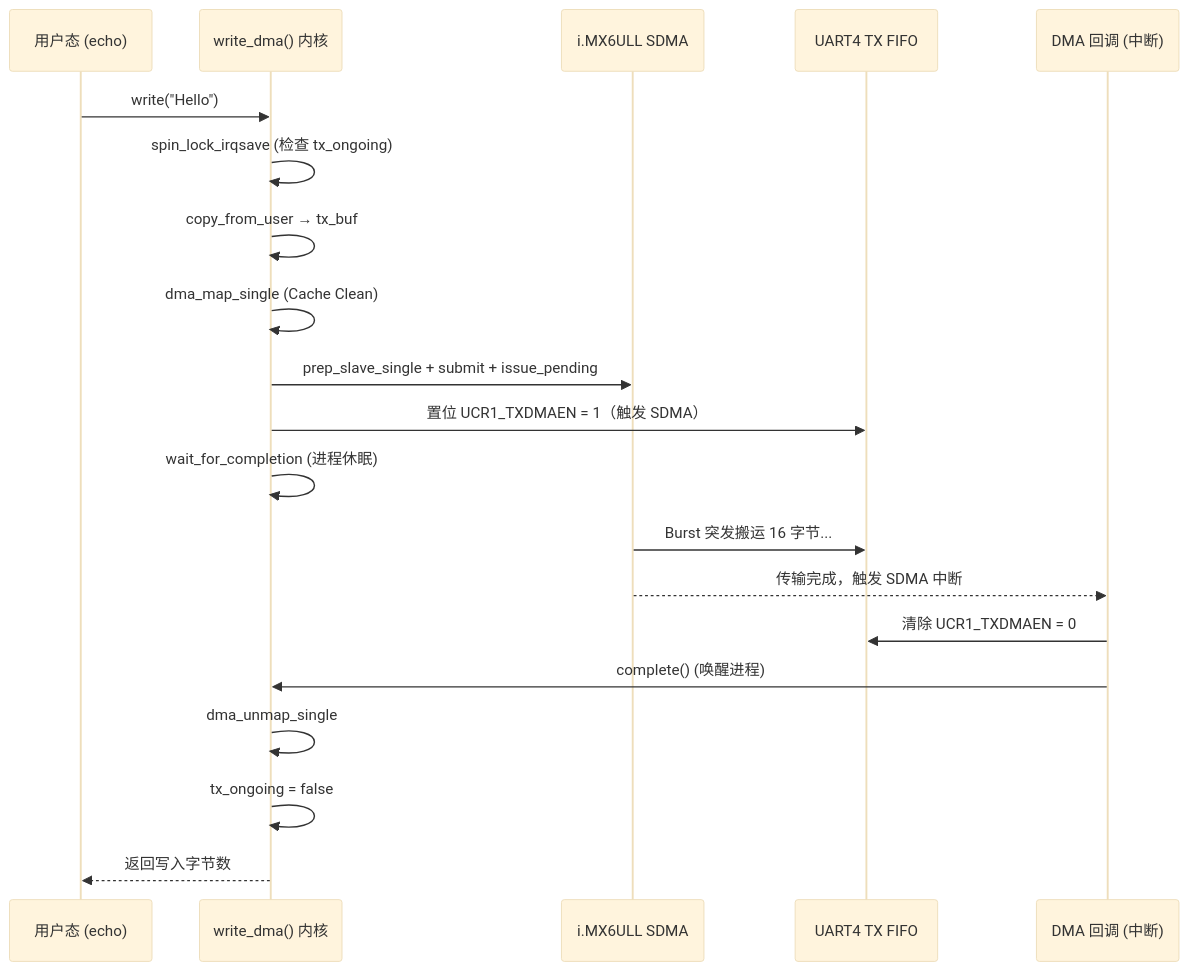
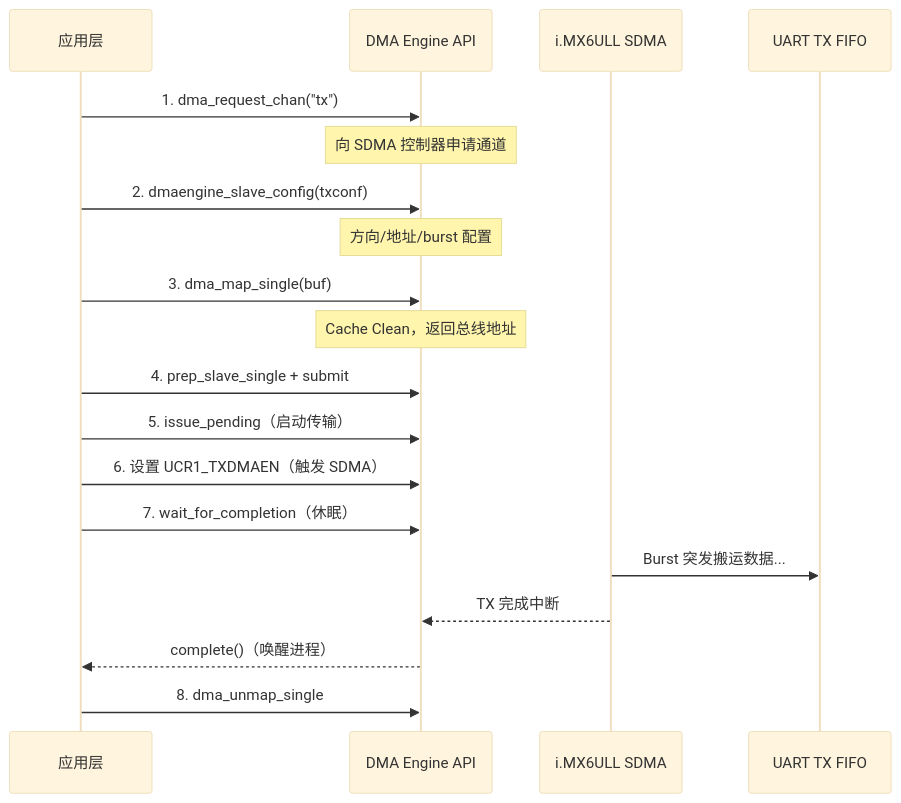
One commit to 2549227674/linux-kernel-driver-labs changed diagram 19 of 22 in Bootlin-实验总结.md. Above: the diagram before and after it, drawn with Mermaid (base theme). The commit also changed other lines of this file, not shown here.

First line of the commit message:
重写实验总结为图表归纳版

````diff
--- a/Bootlin-实验总结.md
+++ b/Bootlin-实验总结.md
@@ -844,25 +500,22 @@
 ```mermaid
 sequenceDiagram
-    participant User as 用户态 (echo)
-    participant K as write_dma() 内核
+    participant App as 应用层
+    participant DMA as DMA Engine API
     participant SDMA as i.MX6ULL SDMA
-    participant UART as UART4 TX FIFO
-    participant CB as DMA 回调 (中断)
+    participant UART as UART TX FIFO
 
-    User->>K: write("Hello")
-    K->>K: spin_lock_irqsave (检查 tx_ongoing)
-    K->>K: copy_from_user → tx_buf
-    K->>K: dma_map_single (Cache Clean)
-    K->>SDMA: prep_slave_single + submit + issue_pending
-    K->>UART: 置位 UCR1_TXDMAEN = 1（触发 SDMA）
-    K->>K: wait_for_completion (进程休眠)
-
-    SDMA->>UART: Burst 突发搬运 16 字节...
-
-    SDMA-->>CB: 传输完成，触发 SDMA 中断
-    CB->>UART: 清除 UCR1_TXDMAEN = 0
-    CB->>K: complete() (唤醒进程)
-    K->>K: dma_unmap_single
-    K->>K: tx_ongoing = false
-    K-->>User: 返回写入字节数
+    App->>DMA: 1. dma_request_chan("tx")
+    Note over DMA: 向 SDMA 控制器申请通道
+    App->>DMA: 2. dmaengine_slave_config(txconf)
+    Note over DMA: 方向/地址/burst 配置
+    App->>DMA: 3. dma_map_single(buf)
+    Note over DMA: Cache Clean，返回总线地址
+    App->>DMA: 4. prep_slave_single + submit
+    App->>DMA: 5. issue_pending（启动传输）
+    App->>DMA: 6. 设置 UCR1_TXDMAEN（触发 SDMA）
+    App->>DMA: 7. wait_for_completion（休眠）
+    SDMA->>UART: Burst 突发搬运数据...
+    SDMA-->>DMA: TX 完成中断
+    DMA-->>App: complete()（唤醒进程）
+    App->>DMA: 8. dma_unmap_single
 ```
````
